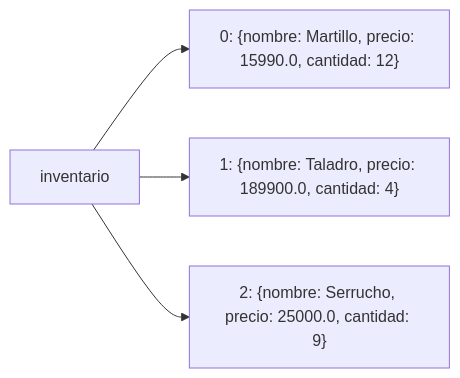
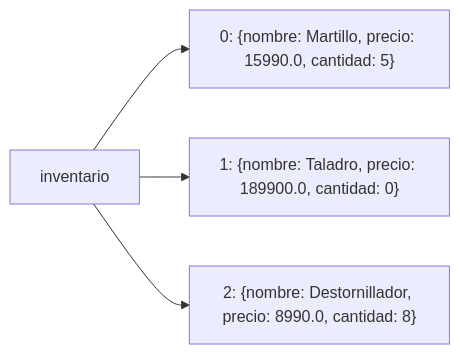
The fifth of 6 diagrams in content/cursos/programacion-cientifica/estructuras-de-datos-nativas.mdx (santiagoSuarez219/nodo-edu), drawn with Mermaid before and after one commit. The commit also changed 3 other files, not shown here.

````diff
--- a/content/cursos/programacion-cientifica/estructuras-de-datos-nativas.mdx
+++ b/content/cursos/programacion-cientifica/estructuras-de-datos-nativas.mdx
@@ -183,6 +183,6 @@
 ```mermaid
 flowchart LR
-  I["inventario"] --> D0["0: {nombre: Martillo, precio: 15990.0, cantidad: 12}"]
-  I --> D1["1: {nombre: Taladro, precio: 189900.0, cantidad: 4}"]
-  I --> D2["2: {nombre: Serrucho, precio: 25000.0, cantidad: 9}"]
+  I["inventario"] --> D0["0: {nombre: Martillo, precio: 15990.0, cantidad: 5}"]
+  I --> D1["1: {nombre: Taladro, precio: 189900.0, cantidad: 0}"]
+  I --> D2["2: {nombre: Destornillador, precio: 8990.0, cantidad: 8}"]
 ```
````
